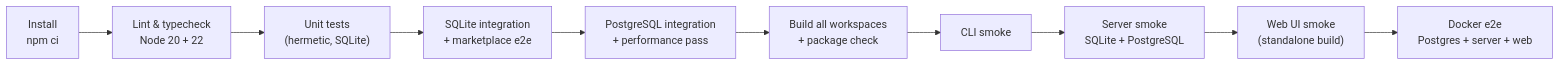
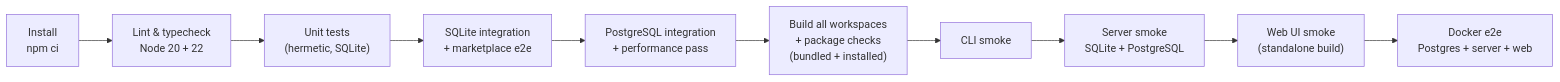
Before and after one commit to NiravRVaghasiya/NetPro: the fifth of 5 diagrams in README.md, drawn with Mermaid. The commit also changed other lines of this file and 8 other files, not shown here.

````diff
--- a/README.md
+++ b/README.md
@@ -815,12 +815,12 @@
 ```mermaid
 flowchart LR
   A["Install<br/>npm ci"] --> B["Lint & typecheck<br/>Node 20 + 22"]
   B --> C["Unit tests<br/>(hermetic, SQLite)"]
   C --> D["SQLite integration<br/>+ marketplace e2e"]
   D --> E["PostgreSQL integration<br/>+ performance pass"]
-  E --> F["Build all workspaces<br/>+ package check"]
+  E --> F["Build all workspaces<br/>+ package checks<br/>(bundled + installed)"]
   F --> G["CLI smoke"]
   G --> H["Server smoke<br/>SQLite + PostgreSQL"]
   H --> I["Web UI smoke<br/>(standalone build)"]
   I --> J["Docker e2e<br/>Postgres + server + web"]
 ```
````
